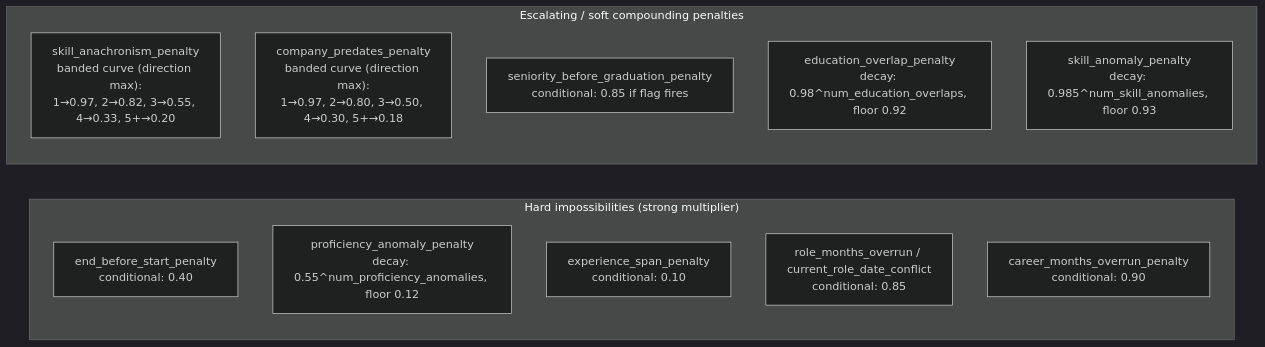
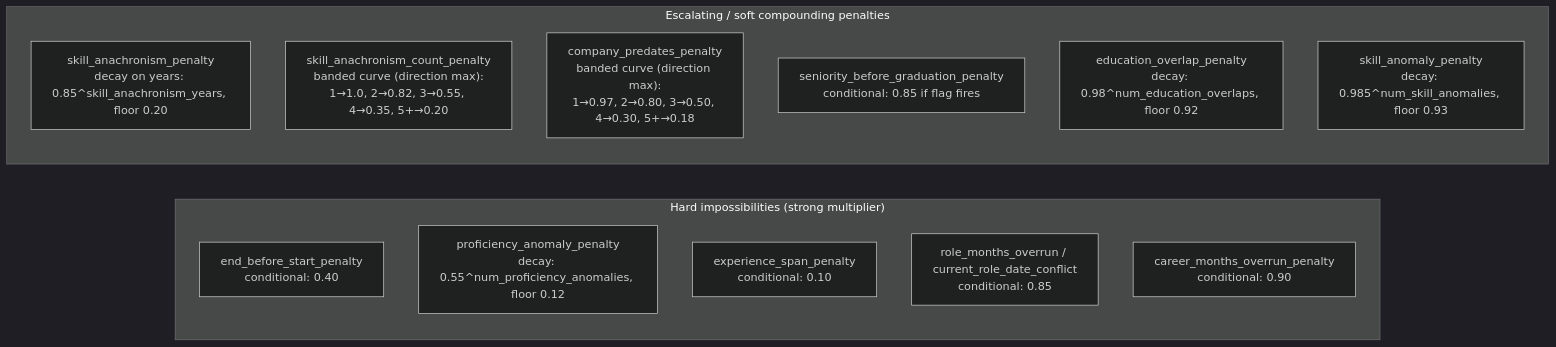
Before and after one commit to ankitkr-04/candidate-ranker-v2: the second of 2 diagrams in docs/integrity.md, drawn with Mermaid (dark theme). The commit also changed other lines of this file and 3 other files, not shown here.

First line of the commit message:
docs: describe the count × time anachronism penalty

````diff
--- a/docs/integrity.md
+++ b/docs/integrity.md
@@ -194,18 +203,19 @@
 ```mermaid
 graph LR
     subgraph "Hard impossibilities (strong multiplier)"
         H1["end_before_start_penalty\nconditional: 0.40"]
         H2["proficiency_anomaly_penalty\ndecay: 0.55^num_proficiency_anomalies, floor 0.12"]
         H3["experience_span_penalty\nconditional: 0.10"]
         H4["role_months_overrun / current_role_date_conflict\nconditional: 0.85"]
         H5["career_months_overrun_penalty\nconditional: 0.90"]
     end
 
     subgraph "Escalating / soft compounding penalties"
-        P1["skill_anachronism_penalty\nbanded curve (direction max):\n1→0.97, 2→0.82, 3→0.55, 4→0.33, 5+→0.20"]
+        P1a["skill_anachronism_penalty\ndecay on years: 0.85^skill_anachronism_years, floor 0.20"]
+        P1b["skill_anachronism_count_penalty\nbanded curve (direction max):\n1→1.0, 2→0.82, 3→0.55, 4→0.35, 5+→0.20"]
         P2["company_predates_penalty\nbanded curve (direction max):\n1→0.97, 2→0.80, 3→0.50, 4→0.30, 5+→0.18"]
         P3["seniority_before_graduation_penalty\nconditional: 0.85 if flag fires"]
         P4["education_overlap_penalty\ndecay: 0.98^num_education_overlaps, floor 0.92"]
         P5["skill_anomaly_penalty\ndecay: 0.985^num_skill_anomalies, floor 0.93"]
     end
 ```
````
